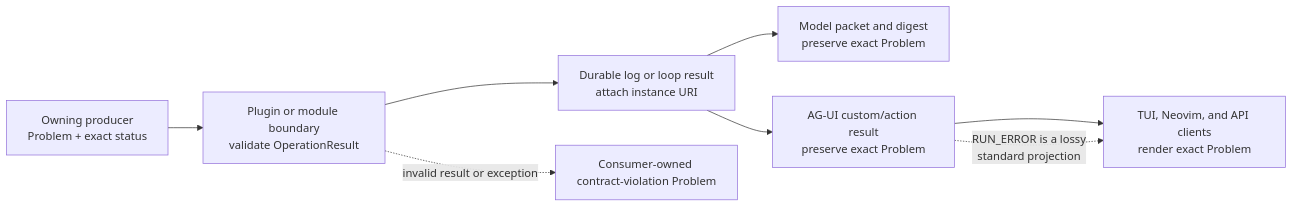
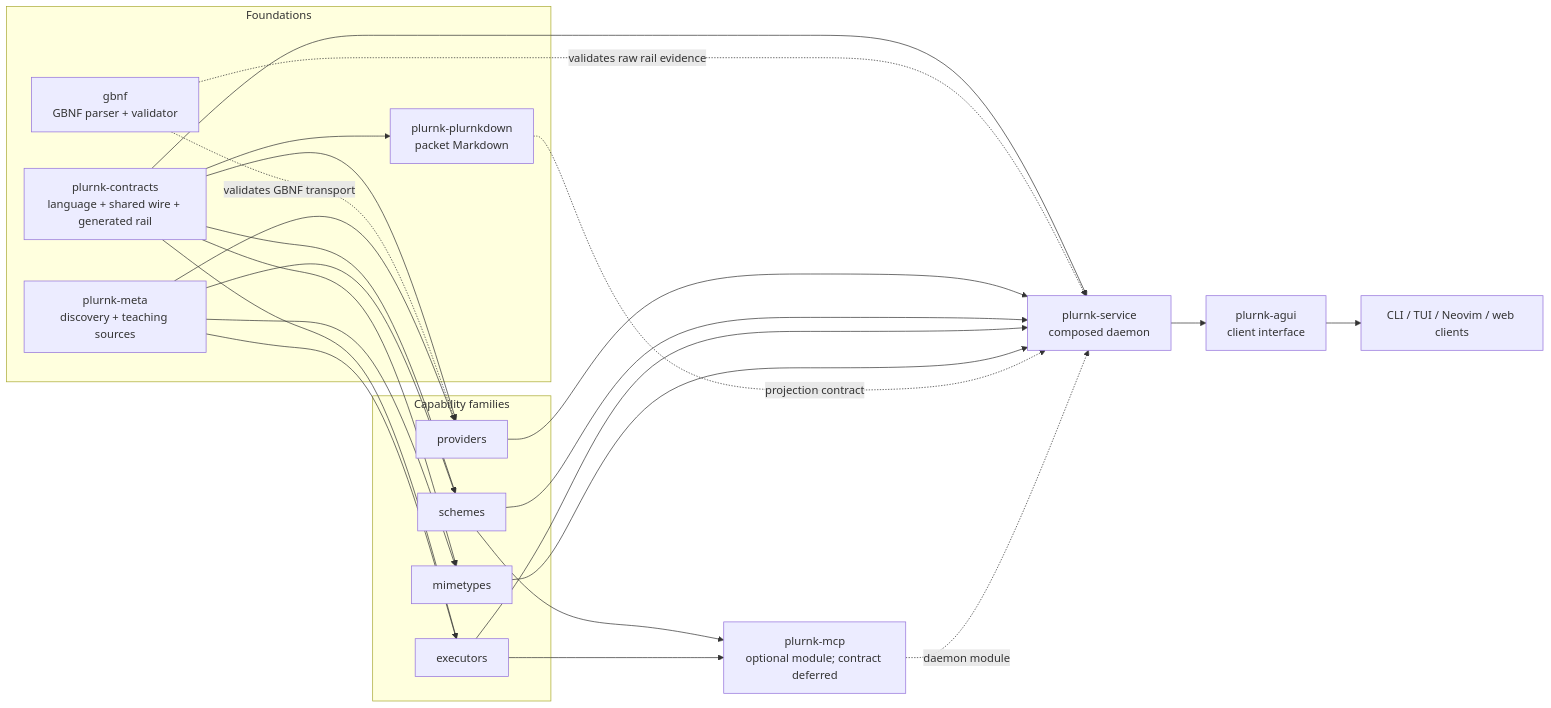
Before and after one commit to plurnk/plurnk-service: the first of 3 diagrams in ARCHITECTURE.md, drawn with Mermaid. The commit also changed other lines of this file and 1 other file, not shown here.

Commit message:
docs(root): make architecture and forge entrypoint current (#54)

````diff
--- a/ARCHITECTURE.md
+++ b/ARCHITECTURE.md
@@ -108,10 +9,44 @@
 ```mermaid
 flowchart LR
-    P["Owning producer<br/>Problem + exact status"] --> V["Plugin or module boundary<br/>validate OperationResult"]
-    V --> D["Durable log or loop result<br/>attach instance URI"]
-    D --> M["Model packet and digest<br/>preserve exact Problem"]
-    D --> A["AG-UI custom/action result<br/>preserve exact Problem"]
-    A --> C["TUI, Neovim, and API clients<br/>render exact Problem"]
-    A -. "RUN_ERROR is a lossy<br/>standard projection" .-> C
-    V -. "invalid result or exception" .-> O["Consumer-owned contract-violation Problem"]
+    subgraph foundation[Foundations]
+        contracts["plurnk-contracts<br/>language + shared wire + generated rail"]
+        gbnf["gbnf<br/>GBNF parser + validator"]
+        packet["plurnk-plurnkdown<br/>packet Markdown"]
+        meta["plurnk-meta<br/>discovery + teaching sources"]
+    end
+
+    subgraph families[Capability families]
+        providers[providers]
+        schemes[schemes]
+        execs[executors]
+        mimetypes[mimetypes]
+    end
+
+    core["plurnk-service<br/>composed daemon"]
+    mcp["plurnk-mcp<br/>optional module; contract deferred"]
+    agui["plurnk-agui<br/>client interface"]
+    clients["CLI / TUI / Neovim / web clients"]
+
+    contracts --> providers
+    contracts --> schemes
+    contracts --> execs
+    contracts --> mimetypes
+    contracts --> packet
+    contracts --> core
+    gbnf -. validates GBNF transport .-> providers
+    gbnf -. validates raw rail evidence .-> core
+    meta --> providers
+    meta --> schemes
+    meta --> execs
+    meta --> mimetypes
+    providers --> core
+    schemes --> core
+    execs --> core
+    mimetypes --> core
+    packet -. projection contract .-> core
+    schemes --> mcp
+    execs --> mcp
+    mcp -. daemon module .-> core
+    core --> agui
+    agui --> clients
 ```
````
